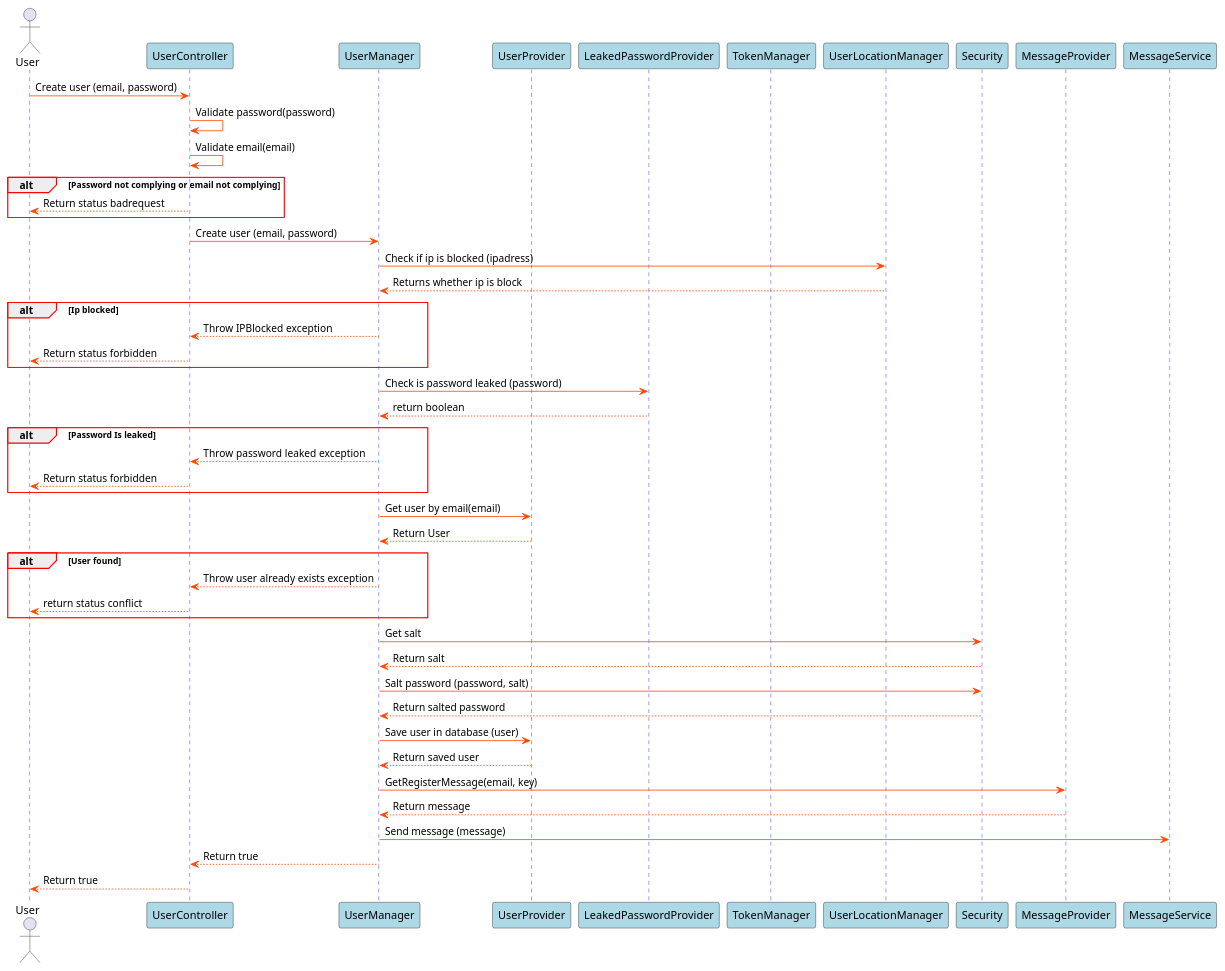
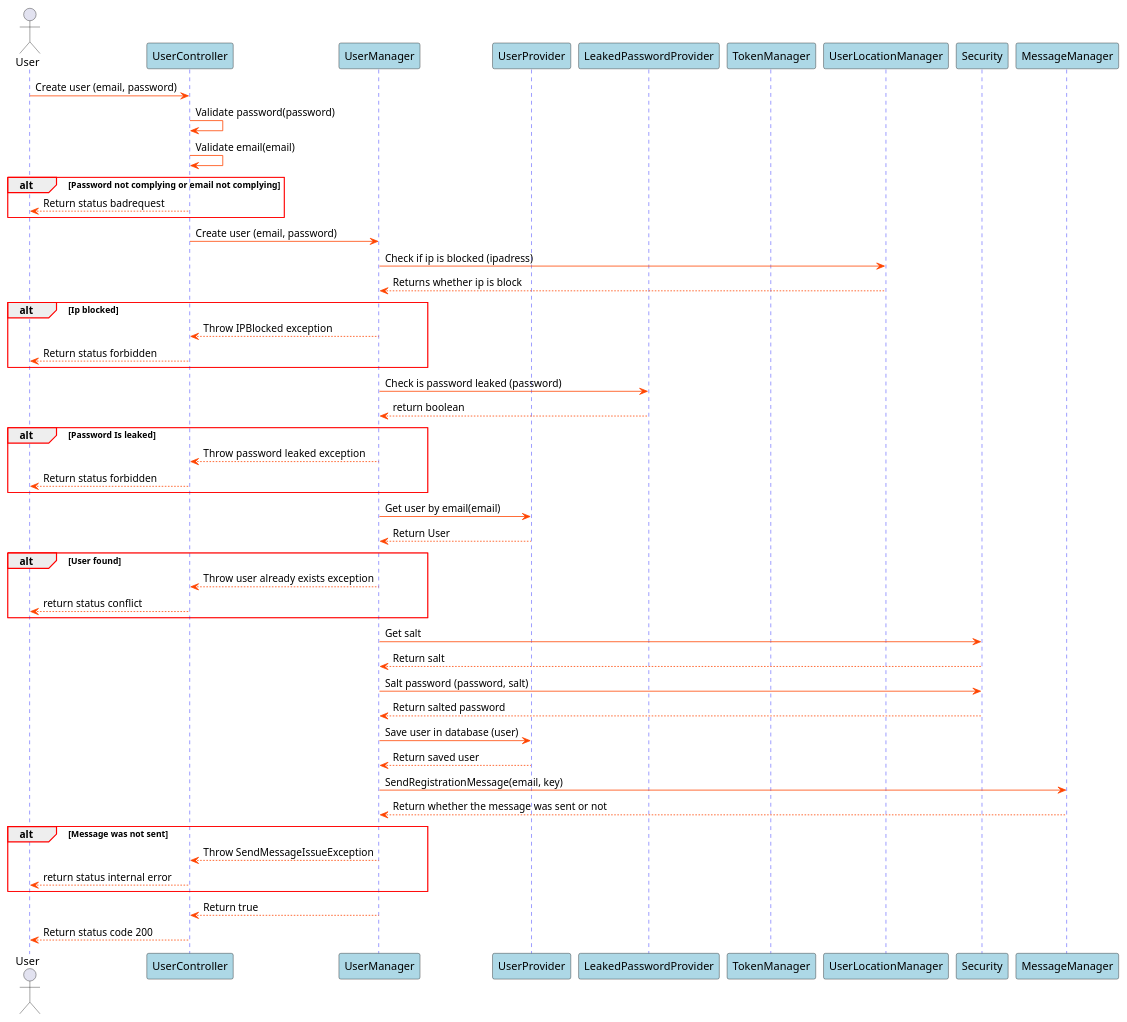
Before and after one commit to blackout1471/trust-us-school: the diagram in Docs/SDDiagrams/CreateUserSD.plantuml, drawn with PlantUML. The commit also changed 27 other files, not shown here.

First line of the commit message:
Refactored MessageService and added Diagram (#24)

```diff
--- a/Docs/SDDiagrams/CreateUserSD.plantuml
+++ b/Docs/SDDiagrams/CreateUserSD.plantuml
@@ -1,80 +1,82 @@
 @startuml Create User SD
 
 skinparam sequence {
     GroupBorderColor red
     GroupBorderThickness 1
 
     ArrowColor orangered
 
     LifeLineBorderColor blue
 
     ParticipantBackgroundColor lightblue
 }
 
 actor User
 participant UserController
 participant UserManager
 participant UserProvider
 participant LeakedPasswordProvider
 participant TokenManager
 participant UserLocationManager
 participant Security
-participant MessageProvider
-participant MessageService
+participant MessageManager
 
 
 
 User->UserController: Create user (email, password)
 UserController->UserController: Validate password(password)
 UserController->UserController: Validate email(email)
 
 alt Password not complying or email not complying
 UserController-->User: Return status badrequest
 end
 
 UserController->UserManager: Create user (email, password)
 UserManager->UserLocationManager: Check if ip is blocked (ipadress)
 UserLocationManager-->UserManager: Returns whether ip is block
 
 alt Ip blocked
 UserManager-->UserController: Throw IPBlocked exception
 UserController-->User: Return status forbidden
 end
 
 
 UserManager->LeakedPasswordProvider: Check is password leaked (password)
 LeakedPasswordProvider-->UserManager: return boolean
 
 alt Password Is leaked
 UserManager-->UserController: Throw password leaked exception
 UserController-->User: Return status forbidden
 end
 
 UserManager->UserProvider: Get user by email(email)
 UserProvider-->UserManager: Return User
 
 alt User found
 
 UserManager-->UserController: Throw user already exists exception
 UserController-->User: return status conflict
 
 end
 
 
 UserManager->Security: Get salt
 Security-->UserManager: Return salt
 
 UserManager->Security: Salt password (password, salt)
 Security-->UserManager: Return salted password
 
 UserManager->UserProvider: Save user in database (user)
 UserProvider-->UserManager: Return saved user
 
-UserManager->MessageProvider: GetRegisterMessage(email, key)
-MessageProvider-->UserManager: Return message
-UserManager->MessageService: Send message (message)
+UserManager->MessageManager: SendRegistrationMessage(email, key)
+MessageManager-->UserManager: Return whether the message was sent or not
+alt Message was not sent
+UserManager --> UserController: Throw SendMessageIssueException
+UserController --> User: return status internal error
 
+end
 UserManager-->UserController: Return true
-UserController-->User: Return true
+UserController-->User: Return status code 200
 
 @enduml
```
